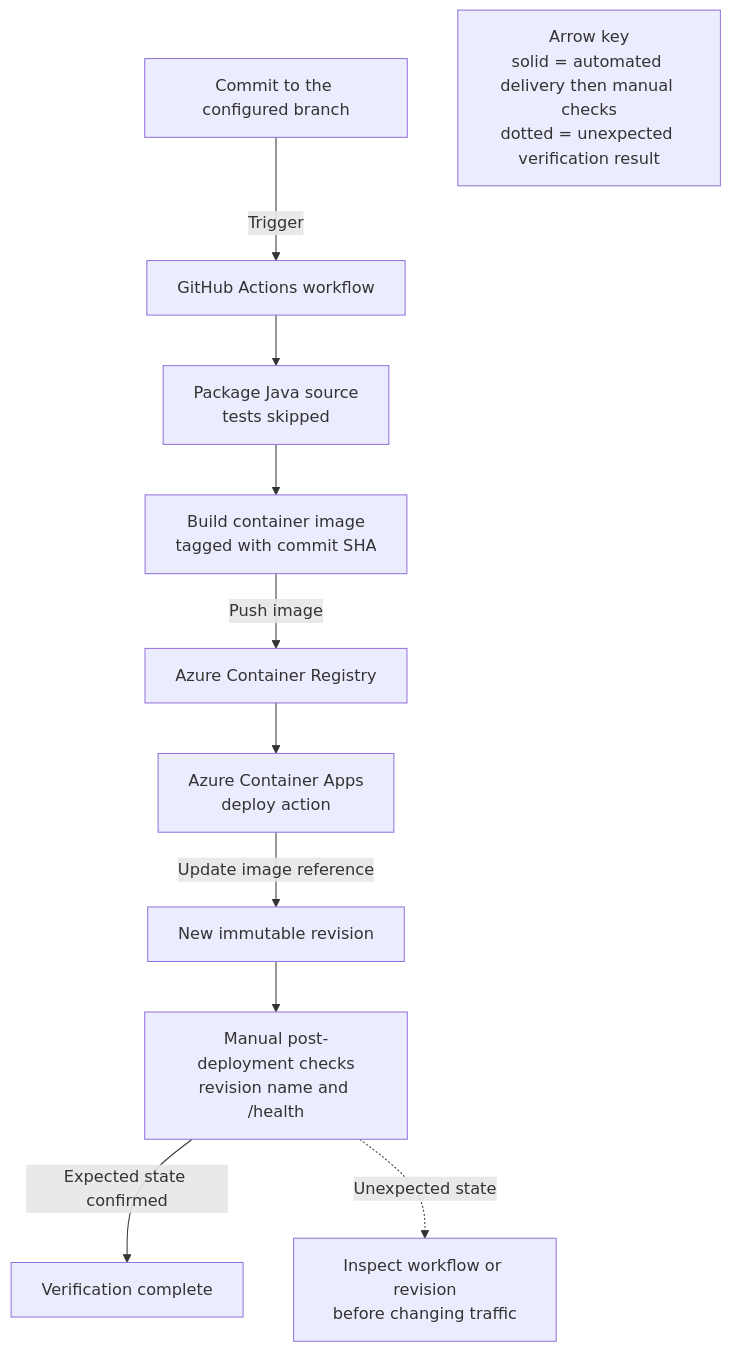
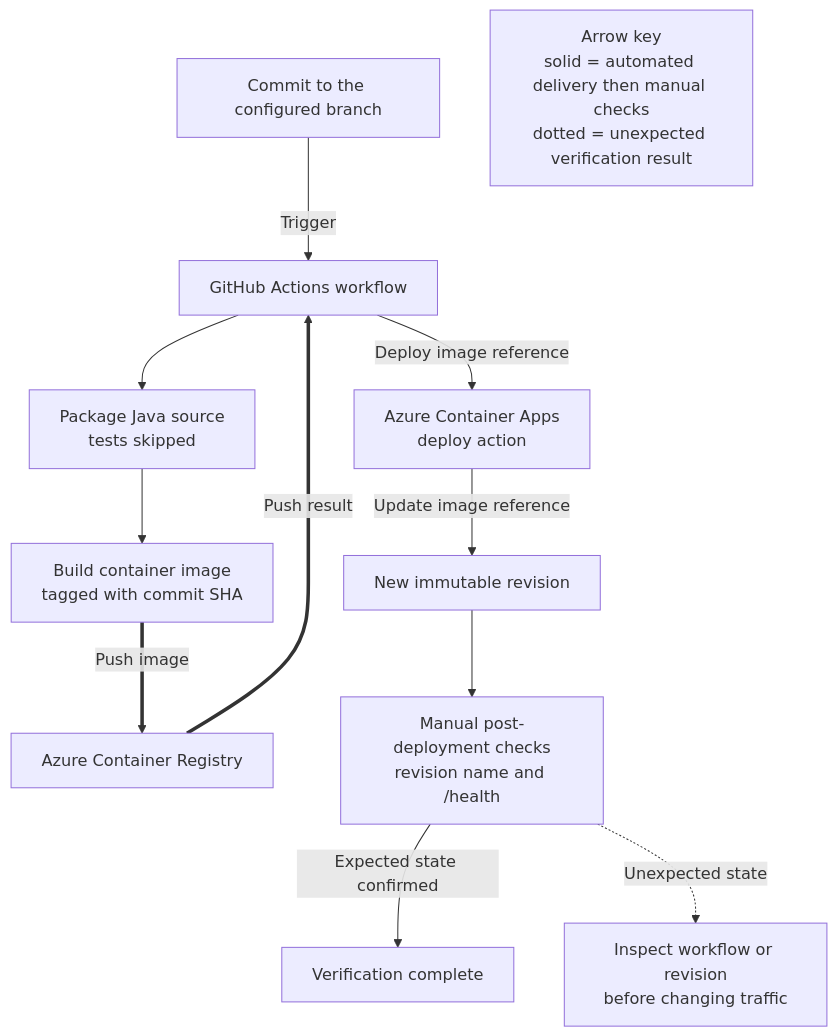
One commit to yeongseon/azure-container-apps-practical-guide changed the second of 2 diagrams in docs/language-guides/java/tutorial/06-ci-cd.md. Above: the diagram before and after it, drawn with Mermaid. The commit also changed other lines of this file and 15 other files, not shown here.

First line of the commit message:
fix(diagrams): correct runtime, tutorial topology and CI/CD diagram paths and record review (#639)

````diff
--- a/docs/language-guides/java/tutorial/06-ci-cd.md
+++ b/docs/language-guides/java/tutorial/06-ci-cd.md
@@ -98,28 +80,29 @@
 ```mermaid
 flowchart TD
     accTitle: GitHub Actions delivery flow for the Java container app
-    accDescr: A commit starts a workflow that packages the Java source with tests skipped, builds a commit-tagged container image in Azure Container Registry, and updates the container app. Revision and application health are verified manually after deployment.
+    accDescr: A commit starts a workflow that packages Java with tests skipped, builds a commit-tagged image, and pushes it to Azure Container Registry. The workflow independently invokes the deploy action with that image reference; ACR returns the push result but does not initiate deployment. Revision and application health are then verified manually.
 
     COMMIT["Commit to the configured branch"]
     WORKFLOW["GitHub Actions workflow"]
     PACKAGE["Package Java source<br/>tests skipped"]
     IMAGE["Build container image<br/>tagged with commit SHA"]
     ACR["Azure Container Registry"]
     DEPLOY["Azure Container Apps<br/>deploy action"]
     REVISION["New immutable revision"]
     VERIFY["Manual post-deployment checks<br/>revision name and /health"]
     COMPLETE["Verification complete"]
     INVESTIGATE["Inspect workflow or revision<br/>before changing traffic"]
 
     COMMIT -->|"Trigger"| WORKFLOW
     WORKFLOW --> PACKAGE
     PACKAGE --> IMAGE
-    IMAGE -->|"Push image"| ACR
-    ACR --> DEPLOY
+    IMAGE ==>|"Push image"| ACR
+    ACR ==>|"Push result"| WORKFLOW
+    WORKFLOW -->|"Deploy image reference"| DEPLOY
     DEPLOY -->|"Update image reference"| REVISION
     REVISION --> VERIFY
     VERIFY -->|"Expected state confirmed"| COMPLETE
     VERIFY -.->|"Unexpected state"| INVESTIGATE
 
     LEGEND["Arrow key<br/>solid = automated delivery then manual checks<br/>dotted = unexpected verification result"]
 ```
````
